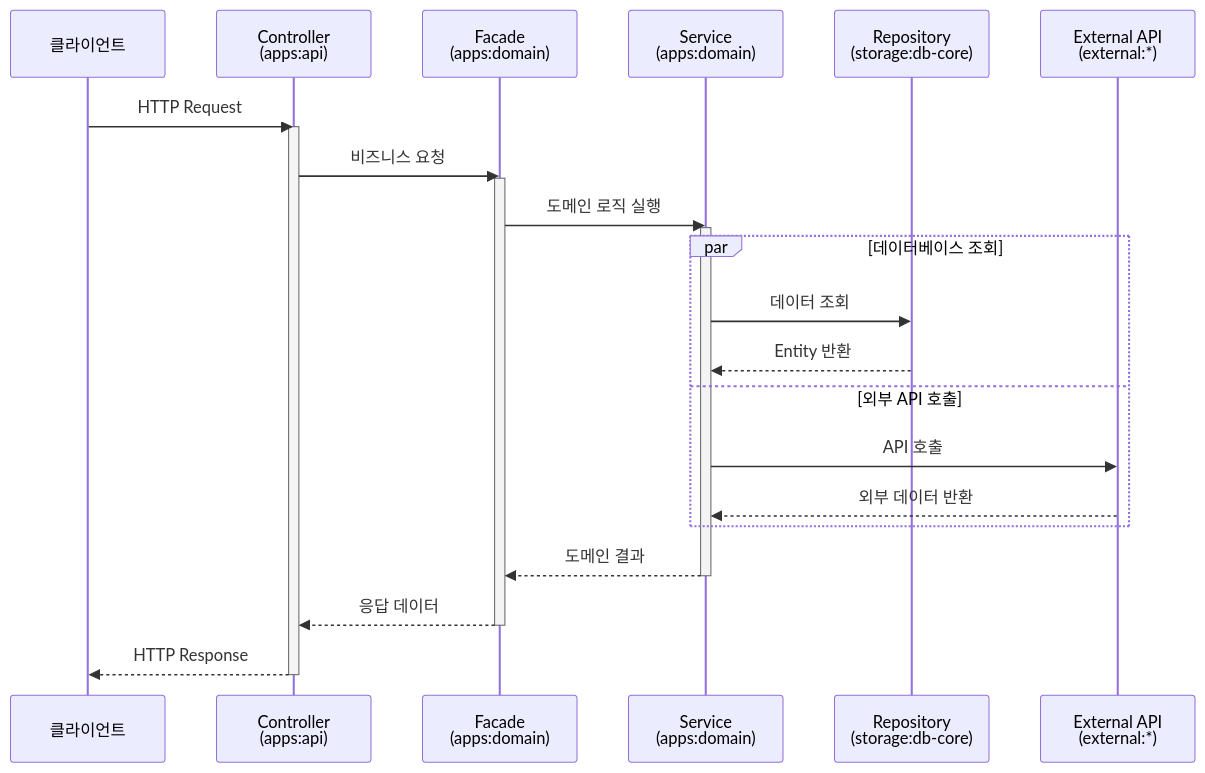
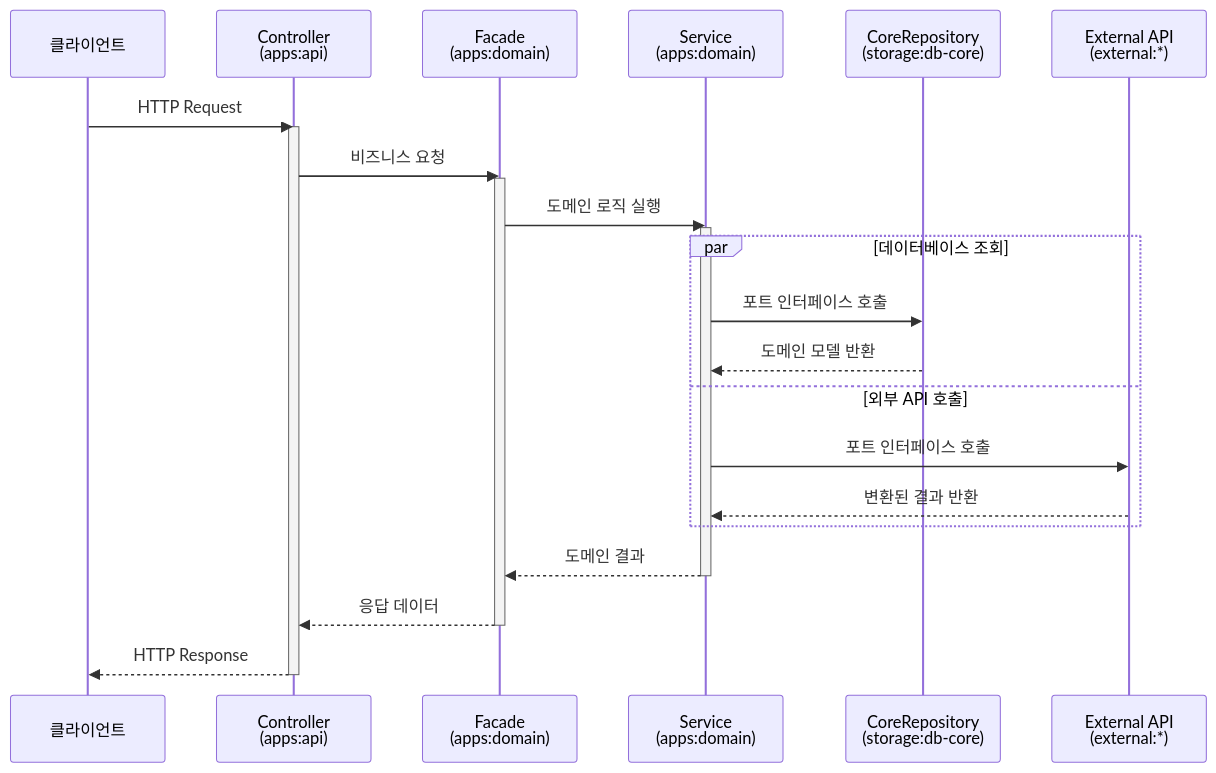
Before and after one commit to Nexters/hereeat-server: the third of 7 diagrams in docs/architecture/multi-module-structure.md, drawn with Mermaid. The commit also changed other lines of this file and 17 other files, not shown here.

````diff
--- a/docs/architecture/multi-module-structure.md
+++ b/docs/architecture/multi-module-structure.md
@@ -167,35 +363,35 @@
 ```mermaid
 sequenceDiagram
     participant Client as 클라이언트
     participant Controller as Controller<br/>(apps:api)
     participant Facade as Facade<br/>(apps:domain)
     participant Service as Service<br/>(apps:domain)
-    participant Repository as Repository<br/>(storage:db-core)
+    participant Repository as CoreRepository<br/>(storage:db-core)
     participant External as External API<br/>(external:*)
 
     Client->>Controller: HTTP Request
     activate Controller
 
     Controller->>Facade: 비즈니스 요청
     activate Facade
 
     Facade->>Service: 도메인 로직 실행
     activate Service
 
     par 데이터베이스 조회
-        Service->>Repository: 데이터 조회
-        Repository-->>Service: Entity 반환
+        Service->>Repository: 포트 인터페이스 호출
+        Repository-->>Service: 도메인 모델 반환
     and 외부 API 호출
-        Service->>External: API 호출
-        External-->>Service: 외부 데이터 반환
+        Service->>External: 포트 인터페이스 호출
+        External-->>Service: 변환된 결과 반환
     end
 
     Service-->>Facade: 도메인 결과
     deactivate Service
 
     Facade-->>Controller: 응답 데이터
     deactivate Facade
 
     Controller-->>Client: HTTP Response
     deactivate Controller
 ```
````
